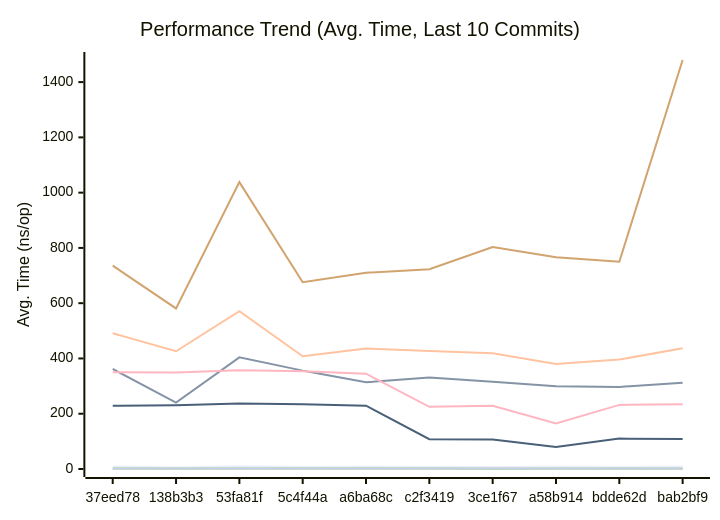
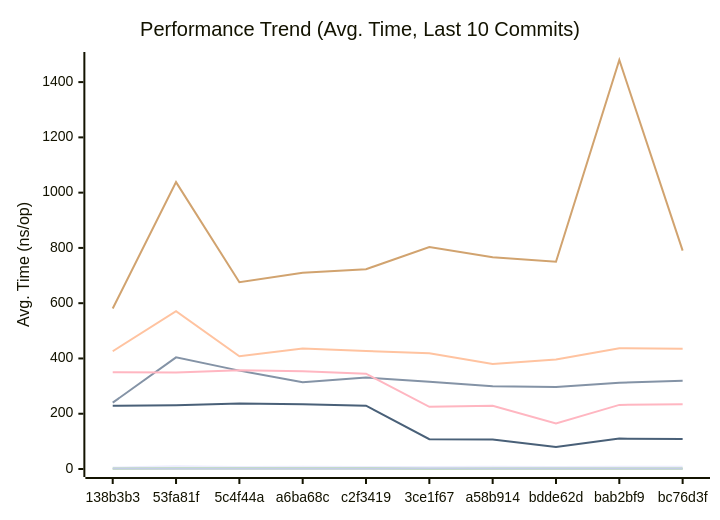
The first of 3 diagrams in docs/PERFORMANCE.md (alsotoes/momo), drawn with Mermaid before and after one commit. The commit also changed other lines of this file and 2 other files, not shown here.

First line of the commit message:
perf: move client_side_replication_modes parsing to GetConfig

````diff
--- a/docs/PERFORMANCE.md
+++ b/docs/PERFORMANCE.md
@@ -82,16 +82,16 @@
 ```mermaid
 xychart-beta
     title "Performance Trend (Avg. Time, Last 10 Commits)"
     x-axis "Commit"
     y-axis "Avg. Time (ns/op)"
-    x-axis [37eed78,138b3b3,53fa81f,5c4f44a,a6ba68c,c2f3419,3ce1f67,a58b914,bdde62d,bab2bf9]
-    line "CheckMetricsAndSwap" [9,5,10,7,8,7,7,8,7,8]
-    line "CrushOptimized" [362,240,404,356,314,331,316,299,297,312]
-    line "CrushOriginal" [491,426,571,408,436,427,419,380,396,437]
+    x-axis [138b3b3,53fa81f,5c4f44a,a6ba68c,c2f3419,3ce1f67,a58b914,bdde62d,bab2bf9,bc76d3f]
+    line "CheckMetricsAndSwap" [5,10,7,8,7,7,8,7,8,8]
+    line "CrushOptimized" [240,404,356,314,331,316,299,297,312,319]
+    line "CrushOriginal" [426,571,408,436,427,419,380,396,437,435]
     line "IndexDirectTracking" [0,0,0,0,0,0,0,0,0,0]
-    line "IndexSearch" [3,2,3,3,3,3,1,2,2,2]
-    line "LoadGlobalConfig" [736,581,1038,676,710,723,803,766,750,1480]
+    line "IndexSearch" [2,3,3,3,3,1,2,2,2,2]
+    line "LoadGlobalConfig" [581,1038,676,710,723,803,766,750,1480,790]
     line "PadString" [2,2,2,2,2,2,2,2,2,2]
     line "ParseReplicationOrder_NoPrealloc" [350,349,357,354,345,225,229,165,232,234]
     line "ParseReplicationOrder_Prealloc" [229,231,237,234,229,108,107,80,110,109]
 ```
````
